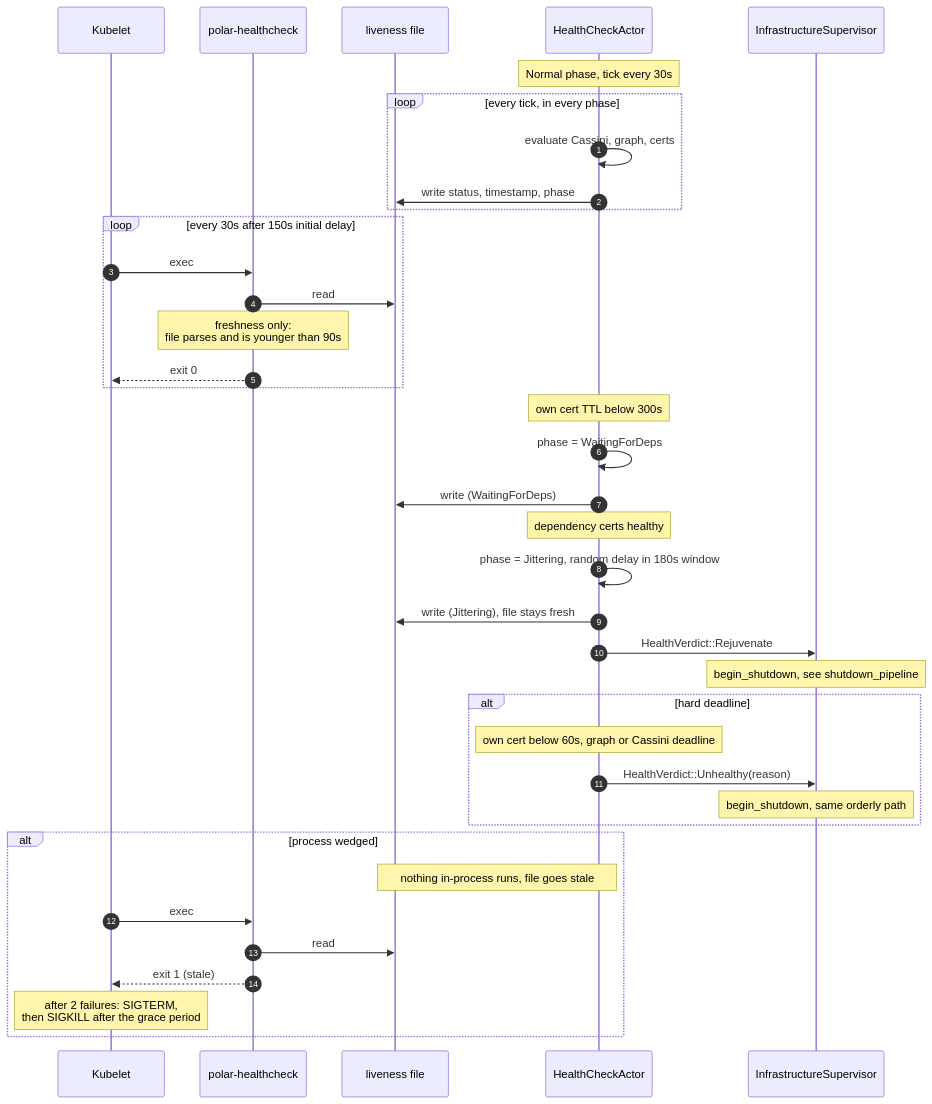
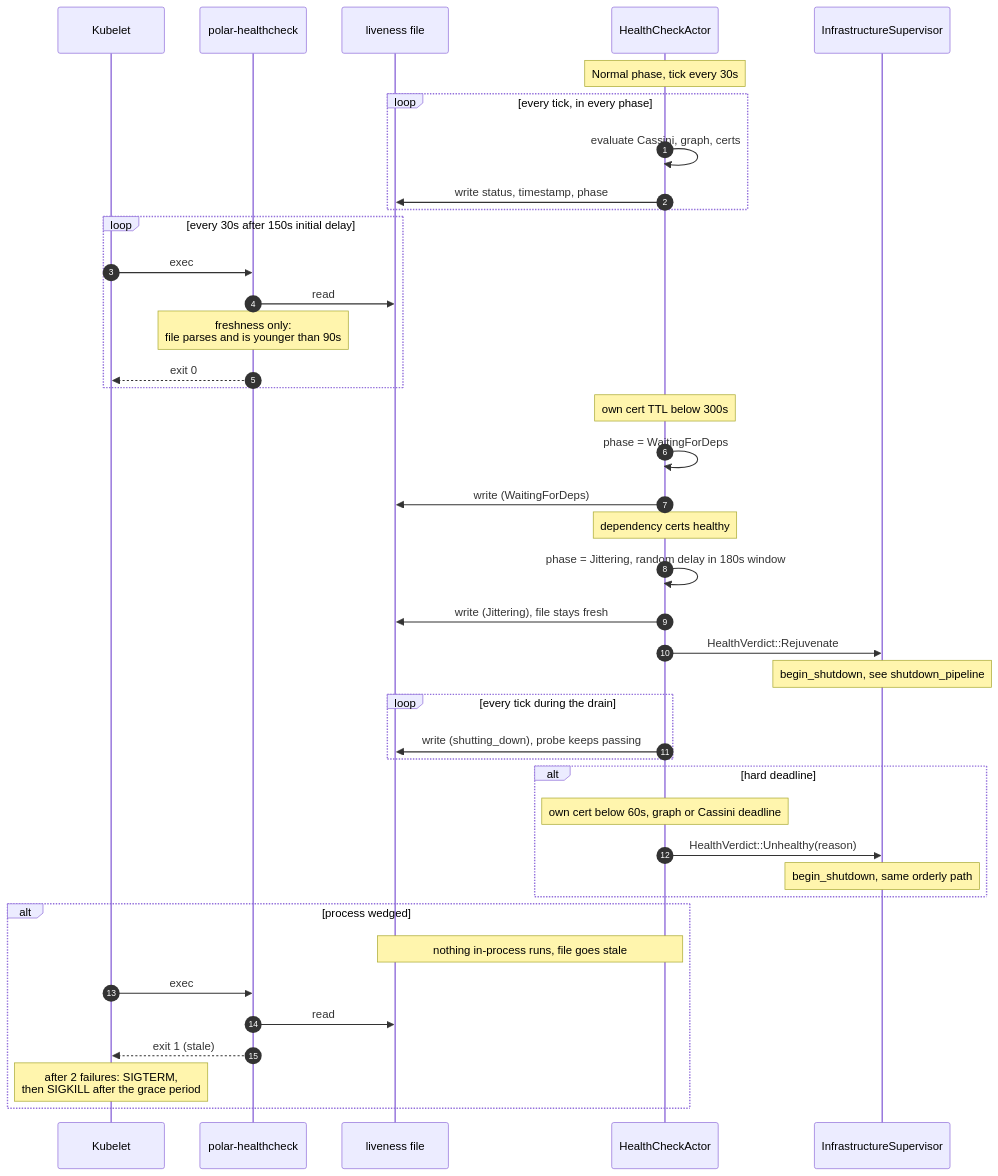
Before and after one commit to cmu-sei/Polar: the diagram in docs/architecture/sequences/general/health_rejuvenation.mmd, drawn with Mermaid. The commit also changed 8 other files, not shown here.

```diff
--- a/docs/architecture/sequences/general/health_rejuvenation.mmd
+++ b/docs/architecture/sequences/general/health_rejuvenation.mmd
@@ -1,43 +1,46 @@
 sequenceDiagram
     participant Kubelet
     participant Probe as polar-healthcheck
     participant File as liveness file
     participant Health as HealthCheckActor
     participant Infra as InfrastructureSupervisor
 
     autonumber
     Note over Health: Normal phase, tick every 30s
     loop every tick, in every phase
         Health->>Health: evaluate Cassini, graph, certs
         Health->>File: write status, timestamp, phase
     end
 
     loop every 30s after 150s initial delay
         Kubelet->>Probe: exec
         Probe->>File: read
         Note over Probe: freshness only:<br/>file parses and is younger than 90s
         Probe-->>Kubelet: exit 0
     end
 
     Note over Health: own cert TTL below 300s
     Health->>Health: phase = WaitingForDeps
     Health->>File: write (WaitingForDeps)
     Note over Health: dependency certs healthy
     Health->>Health: phase = Jittering, random delay in 180s window
     Health->>File: write (Jittering), file stays fresh
     Health->>Infra: HealthVerdict::Rejuvenate
     Note over Infra: begin_shutdown, see shutdown_pipeline
+    loop every tick during the drain
+        Health->>File: write (shutting_down), probe keeps passing
+    end
 
     alt hard deadline
         Note over Health: own cert below 60s, graph or Cassini deadline
         Health->>Infra: HealthVerdict::Unhealthy(reason)
         Note over Infra: begin_shutdown, same orderly path
     end
 
     alt process wedged
         Note over Health,File: nothing in-process runs, file goes stale
         Kubelet->>Probe: exec
         Probe->>File: read
         Probe-->>Kubelet: exit 1 (stale)
         Note over Kubelet: after 2 failures: SIGTERM,<br/>then SIGKILL after the grace period
     end
```
